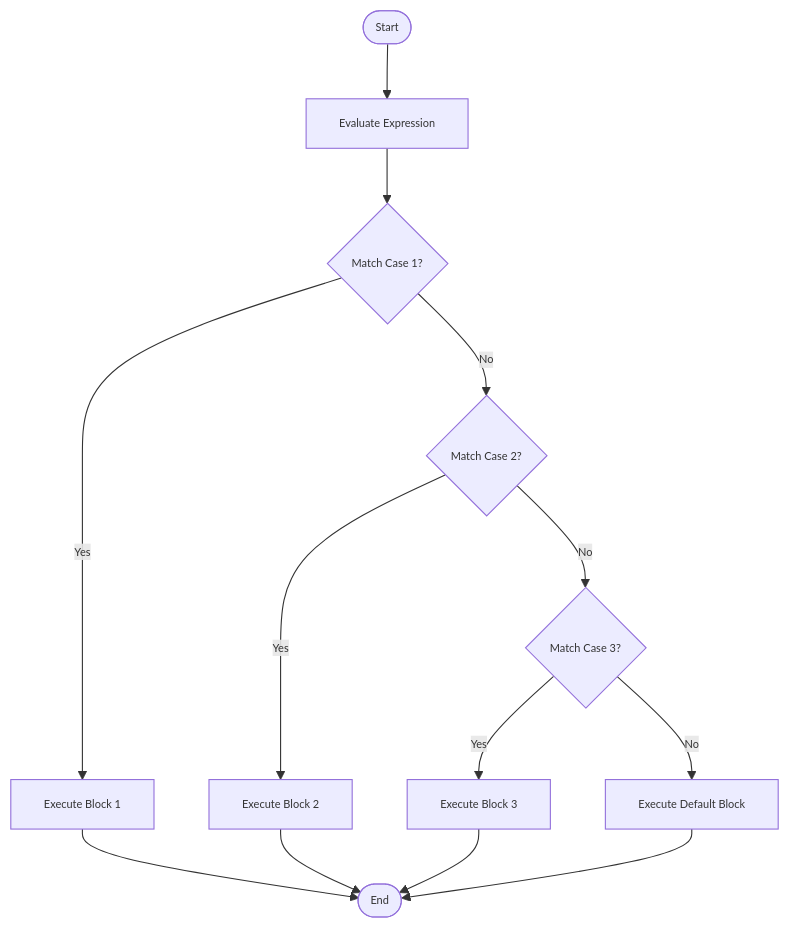
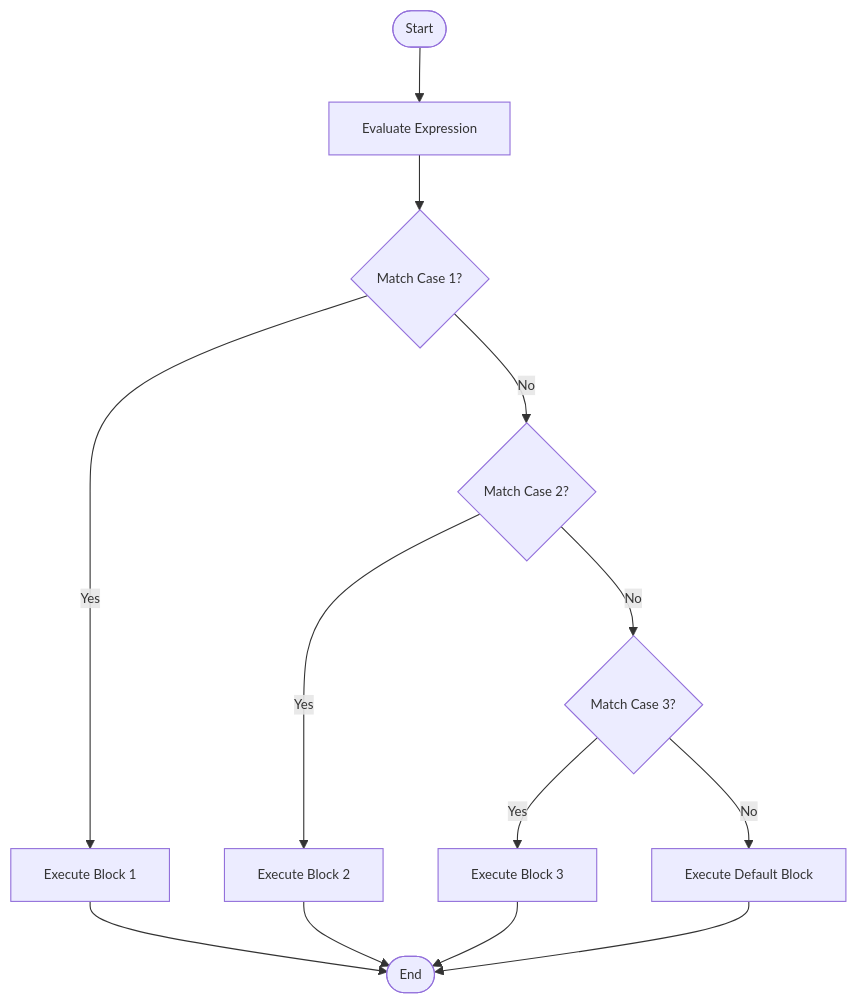
The fifth of 11 diagrams in docs/Java/fundamentals/control-statements.md (sramakrishnaa/java-fullstack-notes), drawn with Mermaid before and after one commit. The commit also changed other lines of this file and 1 other file, not shown here.

Commit message:
fix: control-flow-statemets and improve notes for better understanding

````diff
--- a/docs/Java/fundamentals/control-statements.md
+++ b/docs/Java/fundamentals/control-statements.md
@@ -219,21 +260,21 @@
 ```mermaid
-%%{init: {'themeVariables': { 'fontSize': '10px' }} }%%
+%%{init: {'themeVariables': { 'fontSize': '12px' }} }%%
 
 flowchart TD
     A([Start]) --> B[Evaluate Expression]
     B --> C{Match Case 1?}
     
     C -- Yes --> D[Execute Block 1]
     C -- No --> E{Match Case 2?}
     
     E -- Yes --> F[Execute Block 2]
     E -- No --> G{Match Case 3?}
     
     G -- Yes --> H[Execute Block 3]
     G -- No --> I[Execute Default Block]
     
     D --> J([End])
     F --> J
     H --> J
     I --> J
 ```
````
